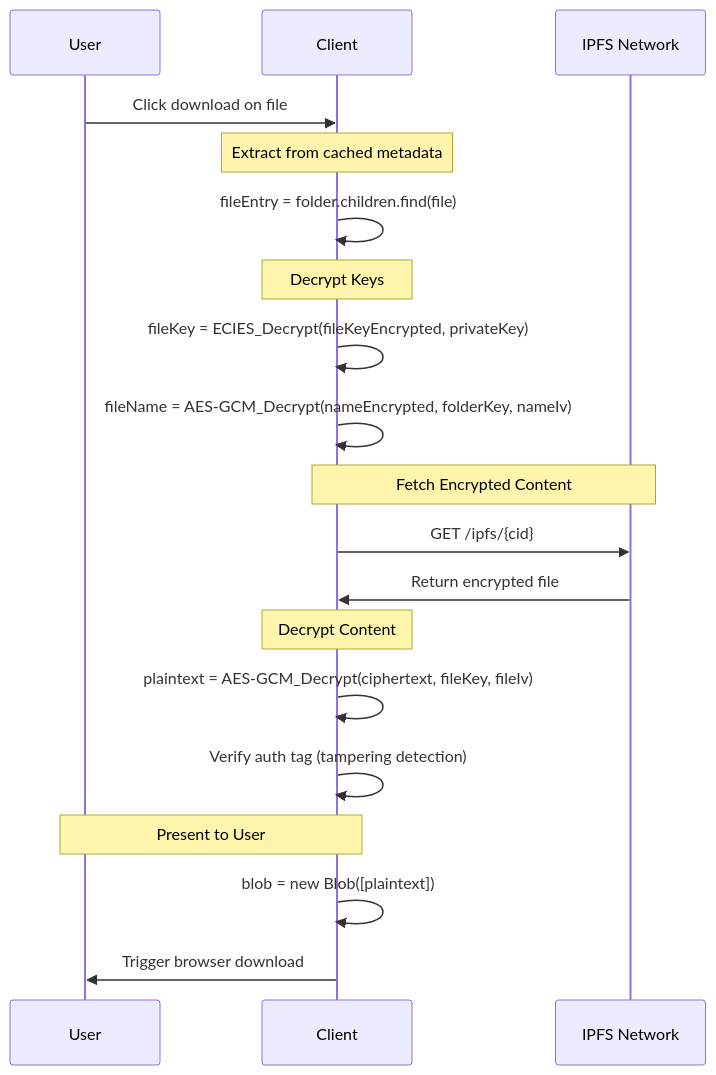
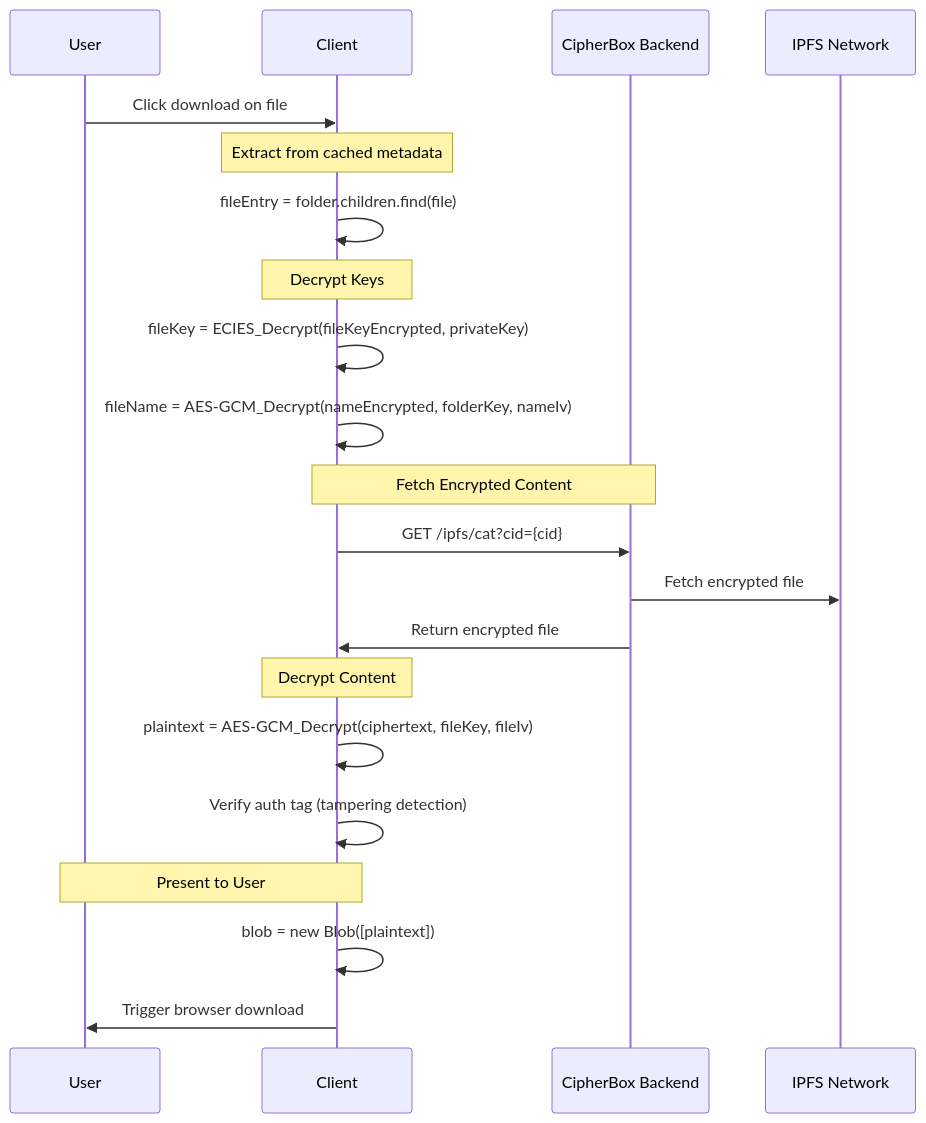
The fifth of 14 diagrams in Documentation/DATA_FLOWS.md (FSM1/cipher-box), drawn with Mermaid before and after one commit. The commit also changed other lines of this file and 7 other files, not shown here.

````diff
--- a/Documentation/DATA_FLOWS.md
+++ b/Documentation/DATA_FLOWS.md
@@ -196,27 +199,29 @@
 ```mermaid
 sequenceDiagram
     participant U as User
     participant C as Client
+  participant B as CipherBox Backend
     participant IPFS as IPFS Network
     
     U->>C: Click download on file
     
     Note over C: Extract from cached metadata
     C->>C: fileEntry = folder.children.find(file)
     
     Note over C: Decrypt Keys
     C->>C: fileKey = ECIES_Decrypt(fileKeyEncrypted, privateKey)
     C->>C: fileName = AES-GCM_Decrypt(nameEncrypted, folderKey, nameIv)
     
-    Note over C,IPFS: Fetch Encrypted Content
-    C->>IPFS: GET /ipfs/{cid}
-    IPFS->>C: Return encrypted file
+    Note over C,B: Fetch Encrypted Content
+    C->>B: GET /ipfs/cat?cid={cid}
+    B->>IPFS: Fetch encrypted file
+    B->>C: Return encrypted file
     
     Note over C: Decrypt Content
     C->>C: plaintext = AES-GCM_Decrypt(ciphertext, fileKey, fileIv)
     C->>C: Verify auth tag (tampering detection)
     
     Note over C,U: Present to User
     C->>C: blob = new Blob([plaintext])
     C->>U: Trigger browser download
 ```
````
